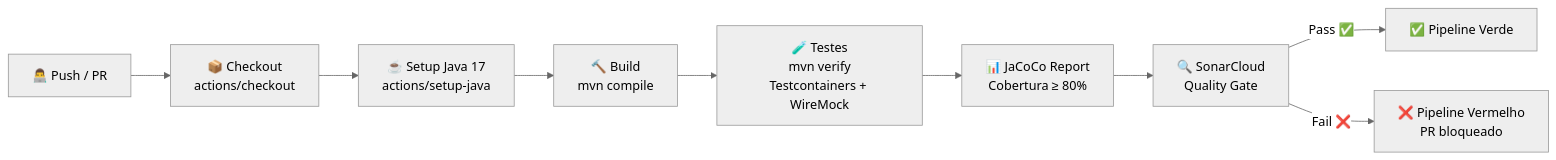
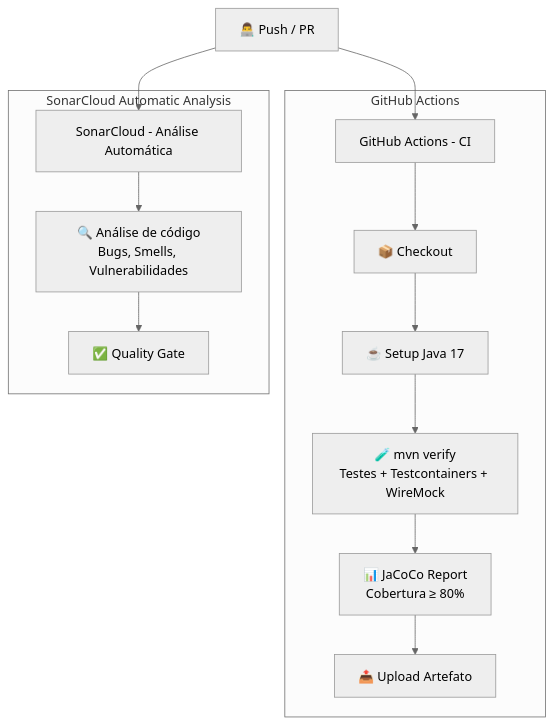
One commit to Huguius/Projeto_Semestral changed the first of 2 diagrams in docs/requisitos/nao-funcionais/RNF-03.md. Above: the diagram before and after it, drawn with Mermaid (neutral theme). The commit also changed other lines of this file and 1 other file, not shown here.

````diff
--- a/docs/requisitos/nao-funcionais/RNF-03.md
+++ b/docs/requisitos/nao-funcionais/RNF-03.md
@@ -32,11 +34,18 @@
 ```mermaid
-flowchart LR
-    A[👨‍💻 Push / PR] --> B[📦 Checkout<br/>actions/checkout]
-    B --> C[☕ Setup Java 17<br/>actions/setup-java]
-    C --> D[🔨 Build<br/>mvn compile]
-    D --> E[🧪 Testes<br/>mvn verify<br/>Testcontainers + WireMock]
-    E --> F[📊 JaCoCo Report<br/>Cobertura ≥ 80%]
-    F --> G[🔍 SonarCloud<br/>Quality Gate]
-    G -->|Pass ✅| H[✅ Pipeline Verde]
-    G -->|Fail ❌| I[❌ Pipeline Vermelho<br/>PR bloqueado]
+flowchart TD
+    A[👨‍💻 Push / PR] --> B[GitHub Actions - CI]
+    A --> C[SonarCloud - Análise Automática]
+
+    subgraph CI ["GitHub Actions"]
+        B --> D[📦 Checkout]
+        D --> E[☕ Setup Java 17]
+        E --> F[🧪 mvn verify<br/>Testes + Testcontainers + WireMock]
+        F --> G[📊 JaCoCo Report<br/>Cobertura ≥ 80%]
+        G --> H[📤 Upload Artefato]
+    end
+
+    subgraph Sonar ["SonarCloud Automatic Analysis"]
+        C --> I[🔍 Análise de código<br/>Bugs, Smells, Vulnerabilidades]
+        I --> J[✅ Quality Gate]
+    end
 ```
````
